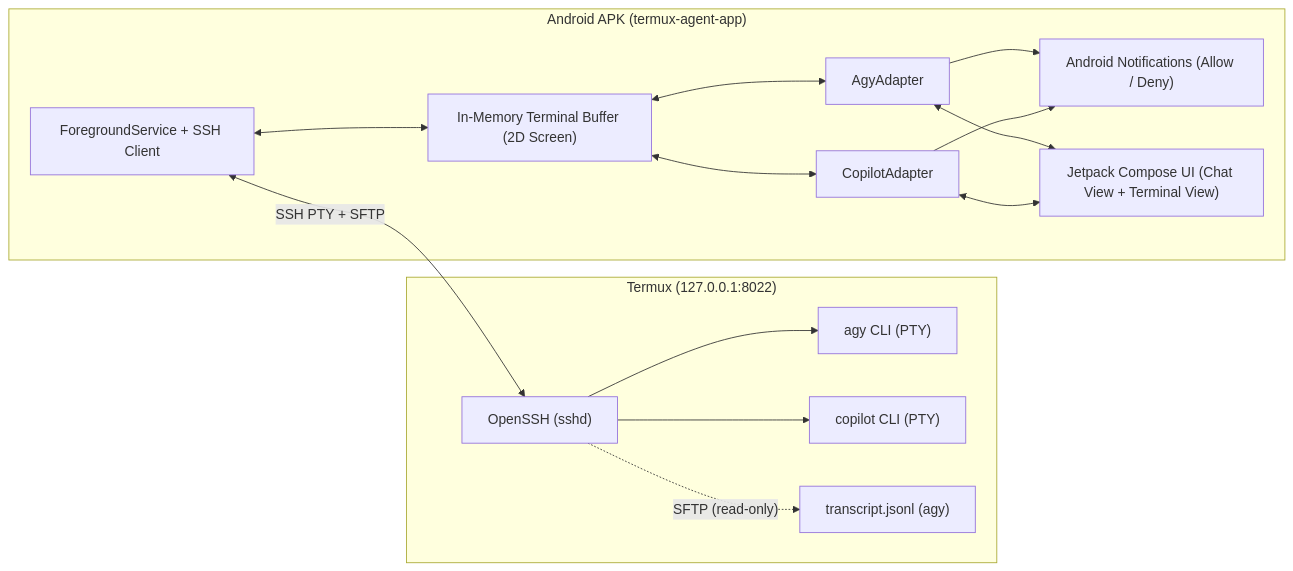
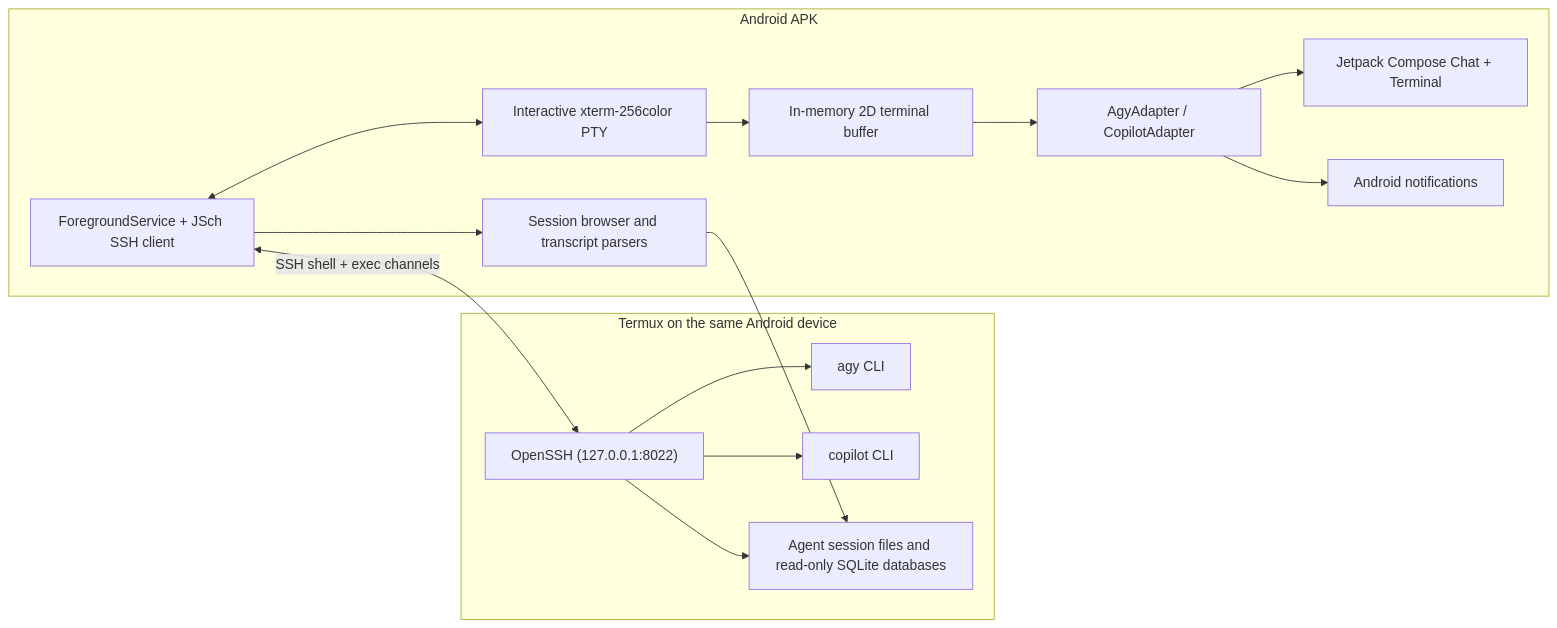
One commit to cafeteru/termux-agent-app changed the first of 2 diagrams in README.md. Above: the diagram before and after it, drawn with Mermaid. The commit also changed other lines of this file, not shown here.

````diff
--- a/README.md
+++ b/README.md
@@ -33,17 +66,28 @@
 ```mermaid
 flowchart LR
-    subgraph Termux ["Termux (127.0.0.1:8022)"]
-        SSH["OpenSSH (sshd)"] --> AGY["agy CLI (PTY)"]
-        SSH --> COP["copilot CLI (PTY)"]
-        SSH -. "SFTP (read-only)" .-> TR["transcript.jsonl (agy)"]
+    subgraph Termux ["Termux on the same Android device"]
+        SSH["OpenSSH (127.0.0.1:8022)"] --> AGY["agy CLI"]
+        SSH --> COP["copilot CLI"]
+        SSH --> STATE["Agent session files and read-only SQLite databases"]
     end
 
-    subgraph APK ["Android APK (termux-agent-app)"]
-        S["ForegroundService + SSH Client"] <-->|"SSH PTY + SFTP"| SSH
-        S <--> BUF["In-Memory Terminal Buffer (2D Screen)"]
-        BUF <--> AD1["AgyAdapter"]
-        BUF <--> AD2["CopilotAdapter"]
-        AD1 & AD2 --> N["Android Notifications (Allow / Deny)"]
-        AD1 & AD2 <--> UI["Jetpack Compose UI (Chat View + Terminal View)"]
+    subgraph APK ["Android APK"]
+        SERVICE["ForegroundService + JSch SSH client"]
+        PTY["Interactive xterm-256color PTY"]
+        BUFFER["In-memory 2D terminal buffer"]
+        ADAPTERS["AgyAdapter / CopilotAdapter"]
+        SESSIONS["Session browser and transcript parsers"]
+        UI["Jetpack Compose Chat + Terminal"]
+        NOTIFY["Android notifications"]
+
+        SERVICE <--> PTY
+        PTY --> BUFFER
+        BUFFER --> ADAPTERS
+        SERVICE --> SESSIONS
+        ADAPTERS --> UI
+        ADAPTERS --> NOTIFY
     end
+
+    SERVICE <-->|"SSH shell + exec channels"| SSH
+    SESSIONS --> STATE
 ```
````
